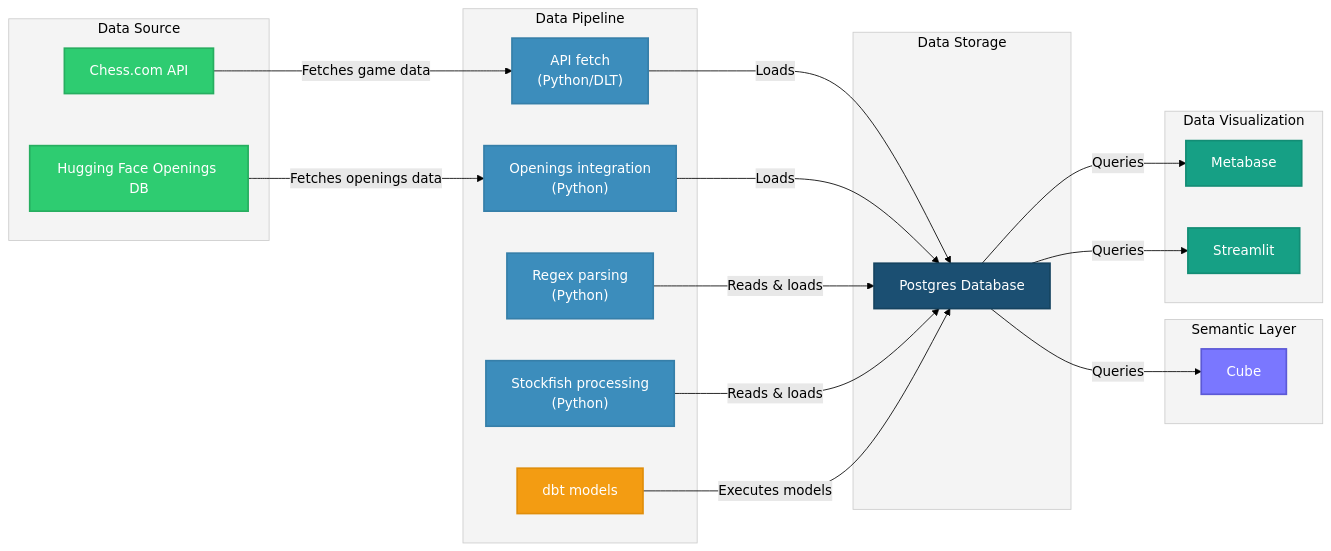
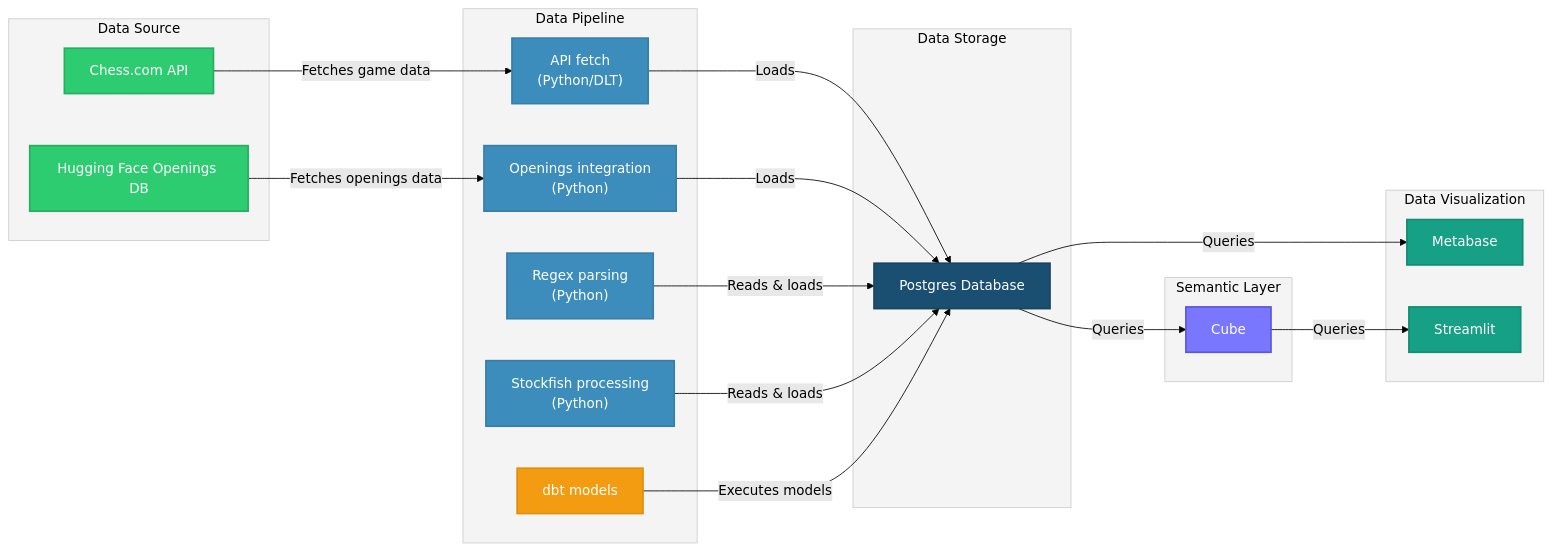
Before and after one commit to gabriellegall/chess_com_bi_pg: the diagram in README.md, drawn with Mermaid (forest theme). The commit also changed other lines of this file and 8 other files, not shown here.

````diff
--- a/README.md
+++ b/README.md
@@ -31,66 +31,66 @@
 ```mermaid
 graph LR;
 
     %% Data Source
     subgraph DS ["Data Source"]
         A[Chess.com API]
         G[Hugging Face Openings DB]
     end
 
     %% Processing
     subgraph Processing ["Data Pipeline"]
         B["API fetch<br>(Python/DLT)"]
         n1["Openings integration<br>(Python)"]
         n3["Regex parsing<br>(Python)"]
         n2["Stockfish processing<br>(Python)"]
         D["dbt models"]
     end
 
     %% Storage
     subgraph Storage ["Data Storage"]
         C[Postgres Database]
     end
 
     %% Semantic layer
     subgraph SL ["Semantic Layer"]
         H["Cube"]
     end
 
     %% Visualization
     subgraph Viz ["Data Visualization"]
         E["Metabase"]
         F["Streamlit"]
     end
 
     %% Data flow
     A -->|"Fetches game data"| B
     G -->|"Fetches openings data"| n1
     B -->|"Loads"| C
     n1 -->|"Loads"| C
     n3 -->|"Reads & loads"| C
     n2 -->|"Reads & loads"| C
     D -->|"Executes models"| C
     C -->|"Queries"| E
-    C -->|"Queries"| F
     C -->|"Queries"| H
+    H -->|"Queries"| F
 
     %% Subgraph styling (light, semi-transparent)
     style DS fill:#f4f4f4,stroke:#ccc,stroke-width:1px,color:#000
     style Processing fill:#f4f4f4,stroke:#ccc,stroke-width:1px,color:#000
     style Storage fill:#f4f4f4,stroke:#ccc,stroke-width:1px,color:#000
     style Viz fill:#f4f4f4,stroke:#ccc,stroke-width:1px,color:#000
     style SL fill:#f4f4f4,stroke:#ccc,stroke-width:1px,color:#000
 
     %% Node styling
     style A fill:#2ecc71,stroke:#27ae60,stroke-width:2px,color:white
     style G fill:#2ecc71,stroke:#27ae60,stroke-width:2px,color:white
     style B fill:#3c8dbc,stroke:#367fa9,stroke-width:2px,color:white
     style n1 fill:#3c8dbc,stroke:#367fa9,stroke-width:2px,color:white
     style n3 fill:#3c8dbc,stroke:#367fa9,stroke-width:2px,color:white
     style n2 fill:#3c8dbc,stroke:#367fa9,stroke-width:2px,color:white
     style D fill:#f39c12,stroke:#e08e0b,stroke-width:2px,color:white
     style C fill:#1B4F72,stroke:#154360,stroke-width:2px,color:white
     style E fill:#16a085,stroke:#138d75,stroke-width:2px,color:white
     style F fill:#16a085,stroke:#138d75,stroke-width:2px,color:white
     style H fill:#7a77ff,stroke:#5c59d6,stroke-width:2px,color:white
 ```
````
